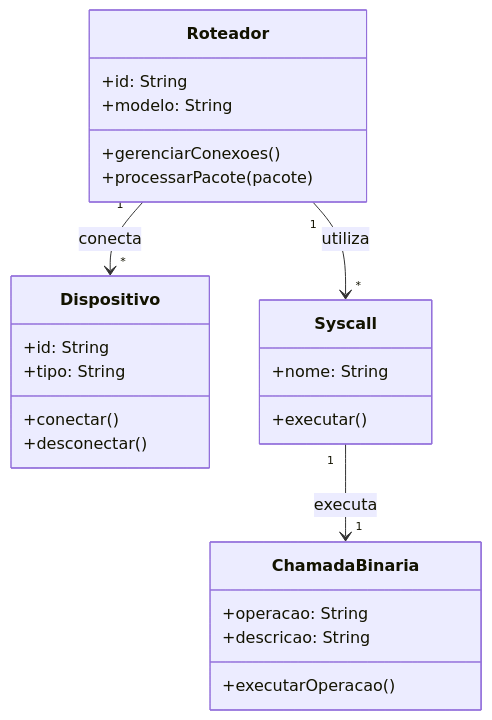
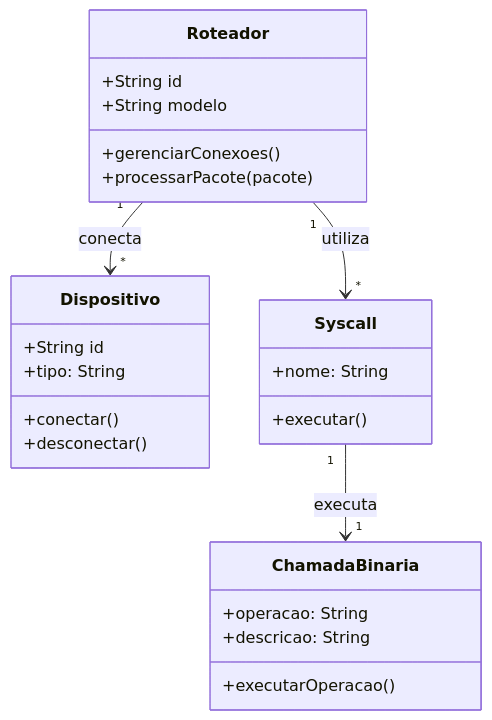
Before and after one commit to Pedro-02931/SENAI: the third of 7 diagrams in IoT/Base/readme.md, drawn with Mermaid. The commit also changed other lines of this file and 2 other files, not shown here.

````diff
--- a/IoT/Base/readme.md
+++ b/IoT/Base/readme.md
@@ -112,34 +92,33 @@
 ```mermaid
 classDiagram
     %% Definição das classes principais
     class Roteador {
-        +id: String
-        +modelo: String
+        +String id
+        +String modelo
         +gerenciarConexoes()
         +processarPacote(pacote)
     }
 
     class Dispositivo {
-        +id: String
+        +String id
         +tipo: String
         +conectar()
         +desconectar()
     }
 
     class Syscall {
         +nome: String
         +executar()
     }
 
     class ChamadaBinaria {
         +operacao: String
         +descricao: String
         +executarOperacao()
     }
 
     %% Relacionamentos
     Roteador "1" --> "*" Dispositivo : conecta
     Roteador "1" --> "*" Syscall : utiliza
     Syscall "1" --> "1" ChamadaBinaria : executa
-
 ```
````
